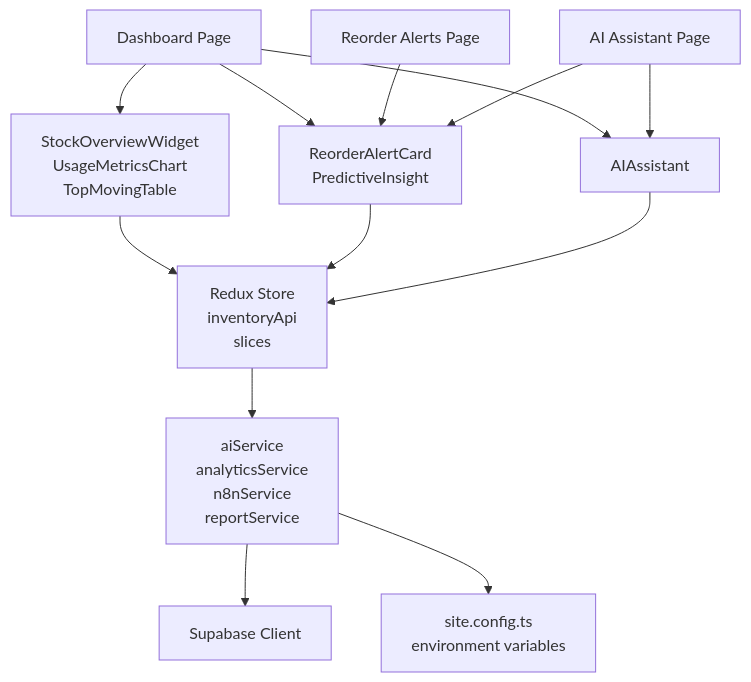
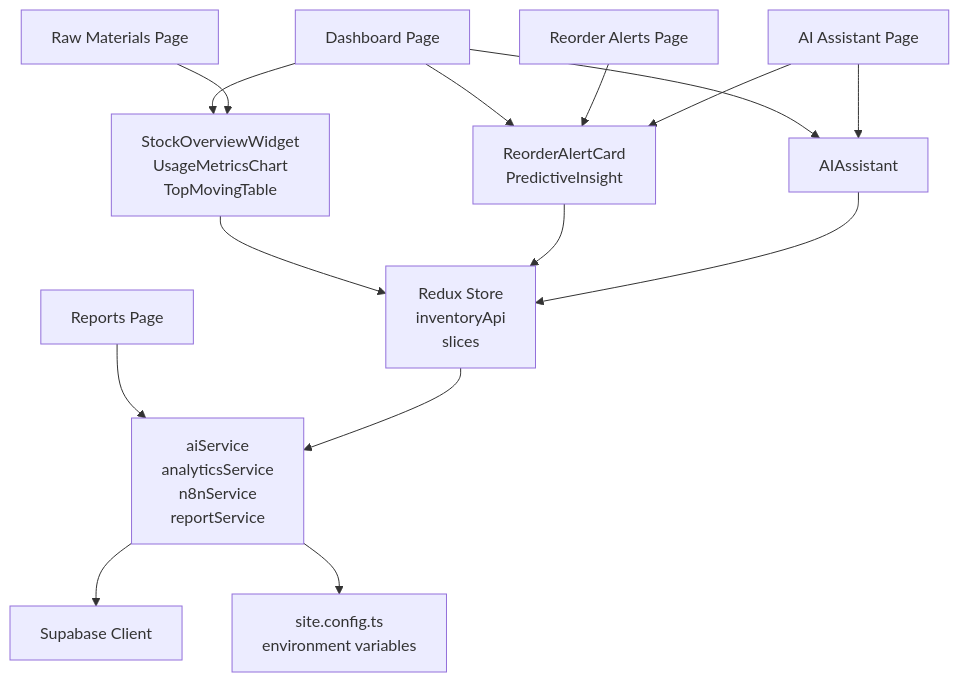
The second of 8 diagrams in .qoder/repowiki/en/content/Core Features/Core Features.md (cacamarica/dashboard-ai), drawn with Mermaid before and after one commit. The commit also changed other lines of this file and 14 other files, not shown here.

````diff
--- a/.qoder/repowiki/en/content/Core Features/Core Features.md
+++ b/.qoder/repowiki/en/content/Core Features/Core Features.md
@@ -187,25 +206,29 @@
 ```mermaid
 graph TB
 UI_Dashboard["Dashboard Page"]
 UI_Alerts["Reorder Alerts Page"]
 UI_AI["AI Assistant Page"]
+UI_Reports["Reports Page"]
+UI_Raw["Raw Materials Page"]
 Widgets["StockOverviewWidget<br/>UsageMetricsChart<br/>TopMovingTable"]
 Cards["ReorderAlertCard<br/>PredictiveInsight"]
 Assist["AIAssistant"]
 Store["Redux Store<br/>inventoryApi<br/>slices"]
 Services["aiService<br/>analyticsService<br/>n8nService<br/>reportService"]
 Config["site.config.ts<br/>environment variables"]
 Supabase["Supabase Client"]
 UI_Dashboard --> Widgets
 UI_Dashboard --> Cards
 UI_Dashboard --> Assist
 UI_Alerts --> Cards
 UI_AI --> Assist
 UI_AI --> Cards
+UI_Reports --> Services
+UI_Raw --> Widgets
 Widgets --> Store
 Cards --> Store
 Assist --> Store
 Store --> Services
 Services --> Supabase
 Services --> Config
 ```
````
